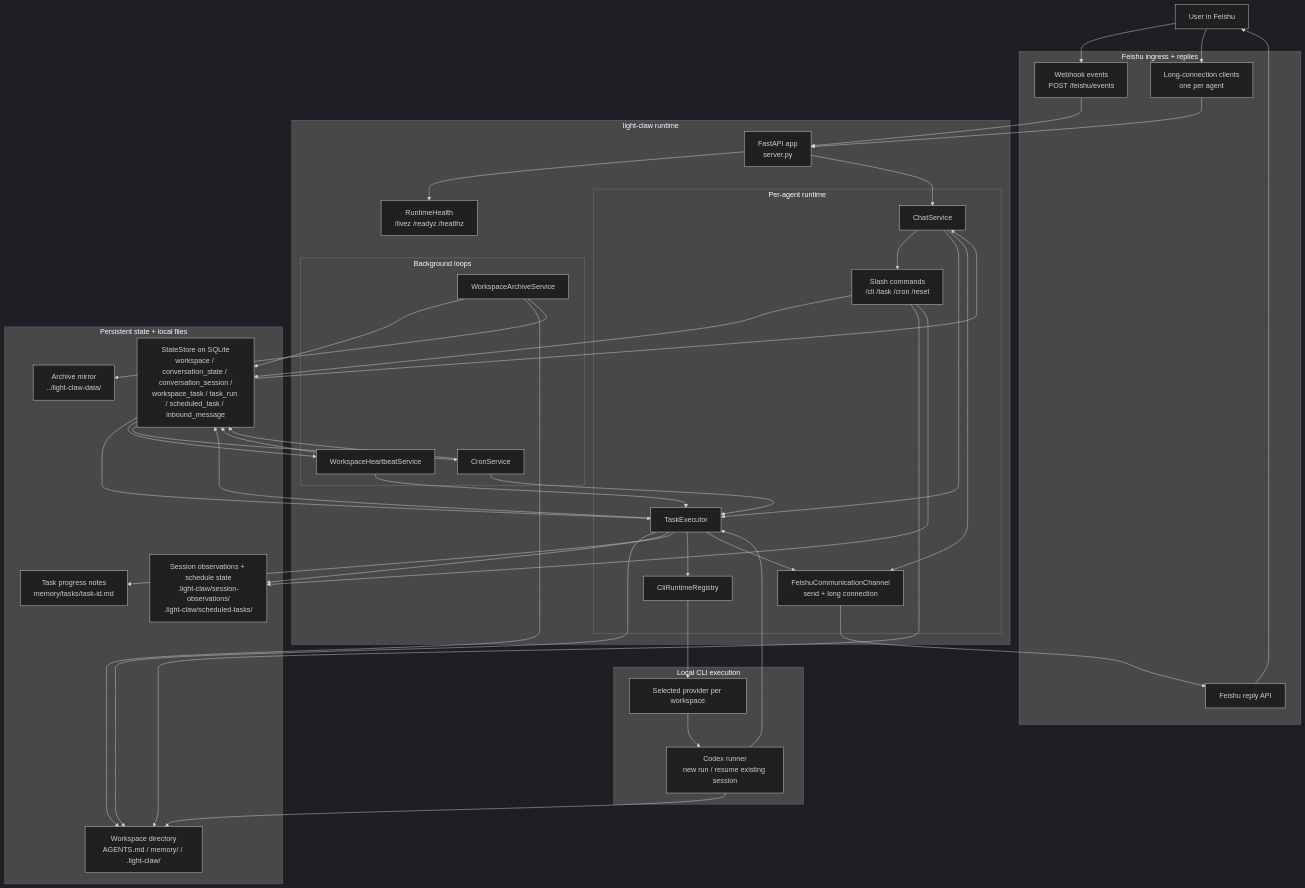
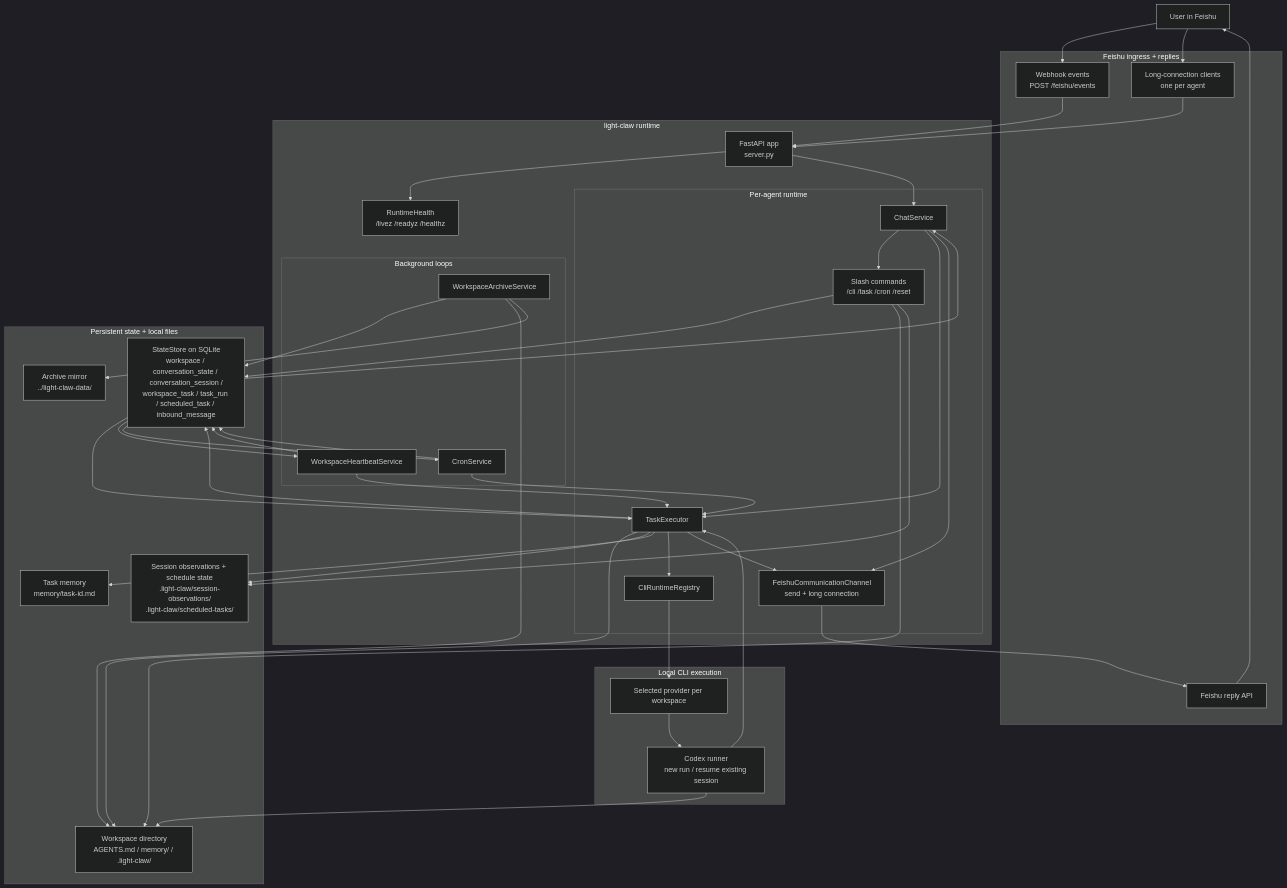
One commit to Skywuuuu/light-claw changed the diagram in README.md. Above: the diagram before and after it, drawn with Mermaid (dark theme). The commit also changed other lines of this file and 17 other files, not shown here.

```diff
--- a/README.md
+++ b/README.md
@@ -74,7 +74,7 @@
     store[StateStore on SQLite\nworkspace / conversation_state / conversation_session /\nworkspace_task / task_run / scheduled_task / inbound_message]
     workspace_dir[Workspace directory\nAGENTS.md / memory/ / .light-claw/]
     observations[Session observations + schedule state\n.light-claw/session-observations/\n.light-claw/scheduled-tasks/]
-    progress[Task progress notes\nmemory/tasks/task-id.md]
+    task_memory[Task memory\nmemory/task-id.md]
     archive_dir[Archive mirror\n../light-claw-data/]
   end
 
@@ -111,7 +111,7 @@
   taskexec --> store
   taskexec --> workspace_dir
   taskexec --> observations
-  taskexec --> progress
+  taskexec --> task_memory
   taskexec --> registry
   taskexec --> channel
 
```
